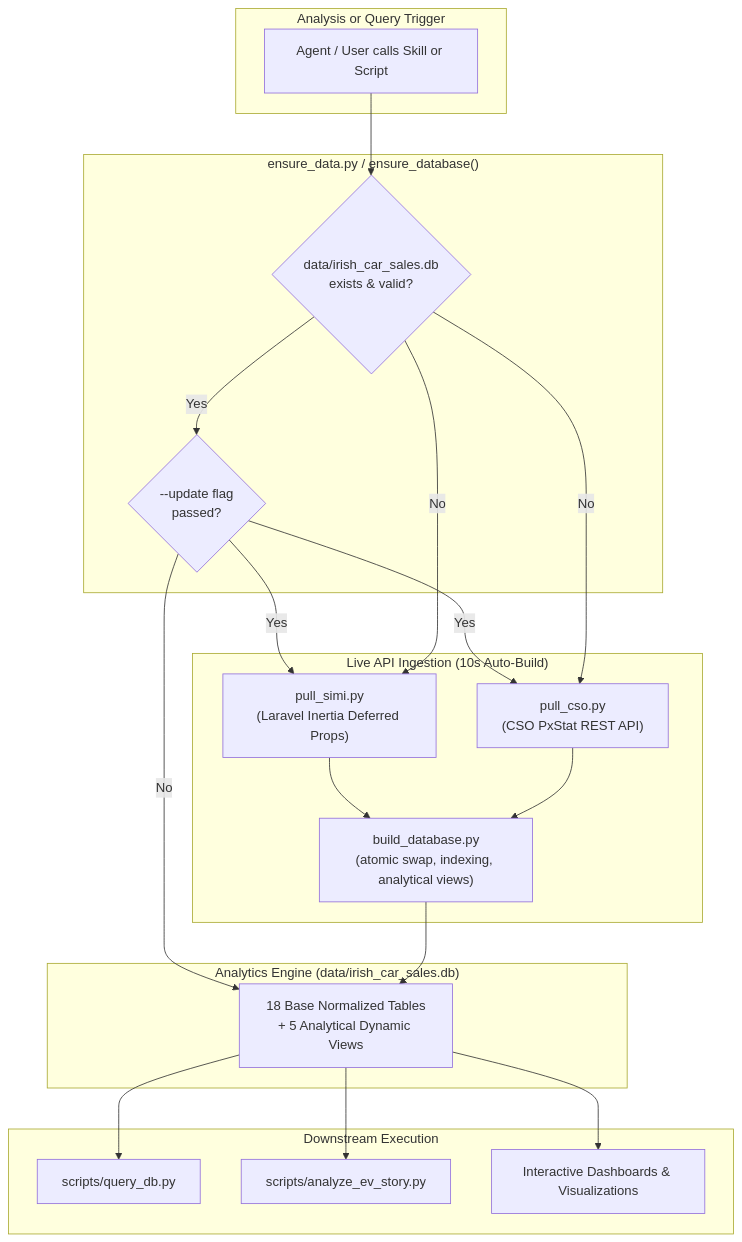
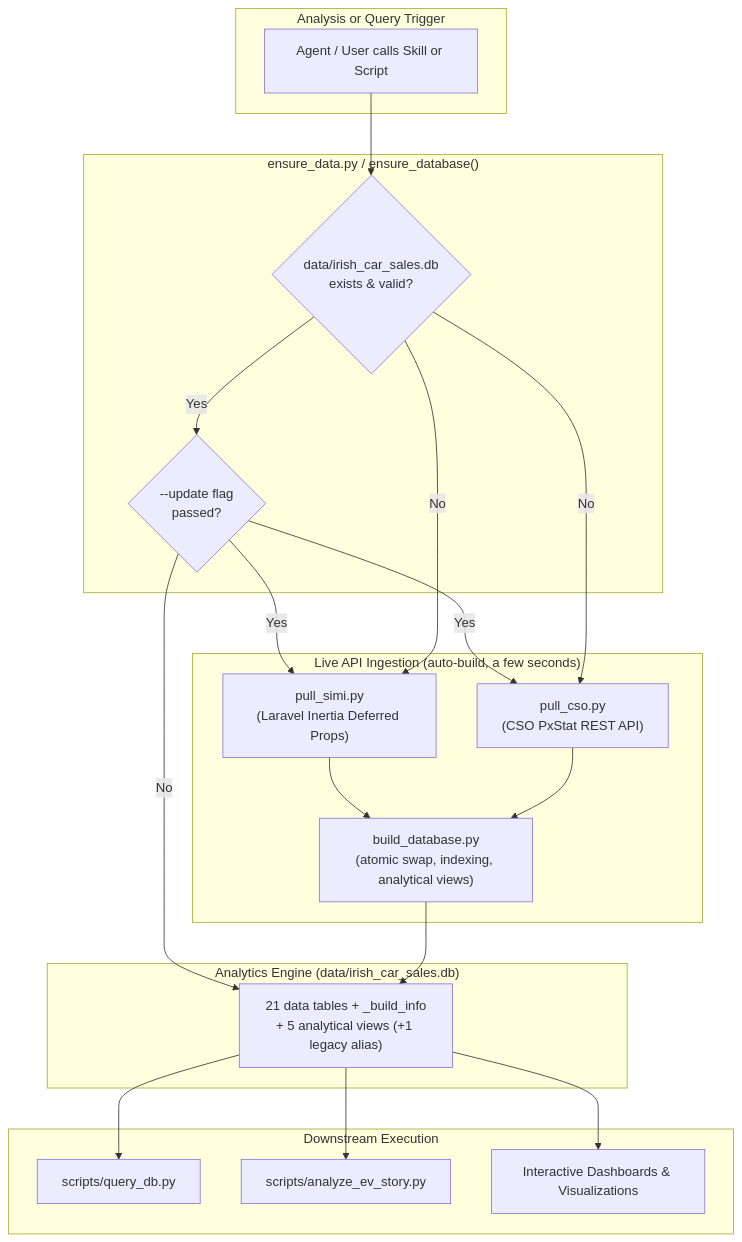
The diagram in SKILL.md (analyticswithadam/irish-car-sales-data), drawn with Mermaid before and after one commit. The commit also changed other lines of this file and 9 other files, not shown here.

````diff
--- a/SKILL.md
+++ b/SKILL.md
@@ -35,37 +35,37 @@
 ```mermaid
 flowchart TD
     subgraph Trigger ["Analysis or Query Trigger"]
         A["Agent / User calls Skill or Script"]
     end
 
     subgraph AutoCheck ["ensure_data.py / ensure_database()"]
         Check{"data/irish_car_sales.db<br/>exists & valid?"}
         UpdateCheck{"--update flag<br/>passed?"}
     end
 
-    subgraph AutoBuild ["Live API Ingestion (10s Auto-Build)"]
+    subgraph AutoBuild ["Live API Ingestion (auto-build, a few seconds)"]
         P_SIMI["pull_simi.py<br/>(Laravel Inertia Deferred Props)"]
         P_CSO["pull_cso.py<br/>(CSO PxStat REST API)"]
         B_DB["build_database.py<br/>(atomic swap, indexing, analytical views)"]
     end
 
     subgraph Analytics ["Analytics Engine (data/irish_car_sales.db)"]
-        DB["18 Base Normalized Tables<br/>+ 5 Analytical Dynamic Views"]
+        DB["21 data tables + _build_info<br/>+ 5 analytical views (+1 legacy alias)"]
     end
 
     subgraph Execution ["Downstream Execution"]
         Q["scripts/query_db.py"]
         EV["scripts/analyze_ev_story.py"]
         Dash["Interactive Dashboards & Visualizations"]
     end
 
     A --> Check
     Check -- Yes --> UpdateCheck
     UpdateCheck -- No --> DB
     UpdateCheck -- Yes --> P_SIMI & P_CSO
     Check -- No --> P_SIMI & P_CSO
     P_SIMI & P_CSO --> B_DB --> DB
     DB --> Q
     DB --> EV
     DB --> Dash
 ```
````
